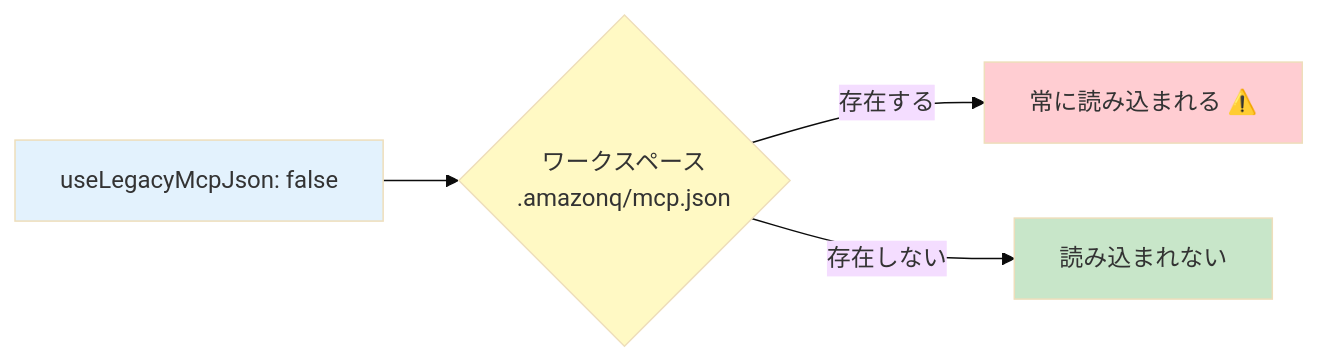
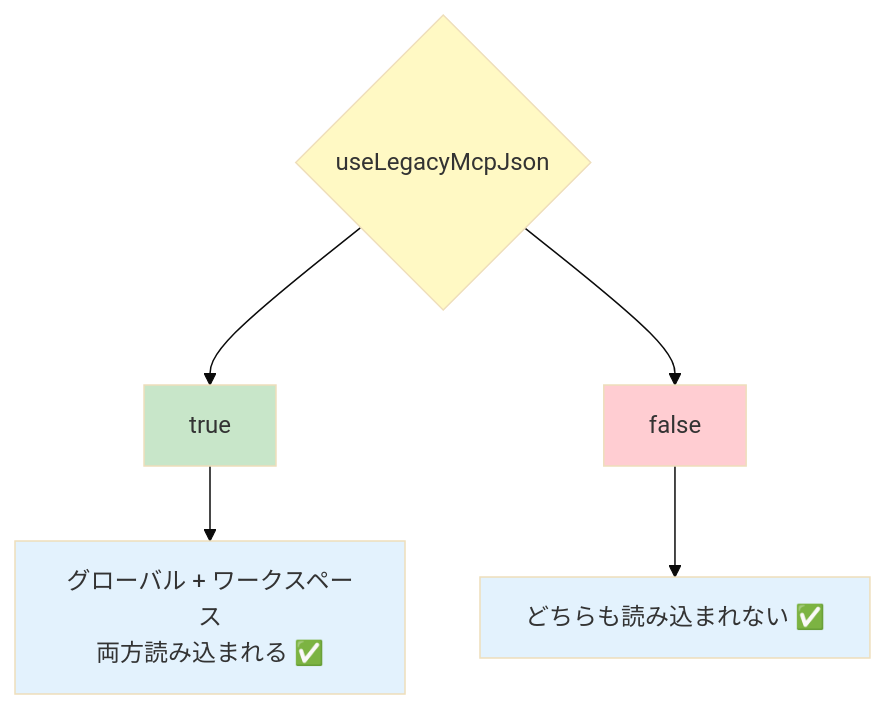
The second of 2 diagrams in docs/01_for-users/02_features/02_agents.md (kamogashira-sys/q-cli-docs), drawn with Mermaid (base theme) before and after one commit. The commit also changed other lines of this file, not shown here.

````diff
--- a/docs/01_for-users/02_features/02_agents.md
+++ b/docs/01_for-users/02_features/02_agents.md
@@ -793,11 +793,13 @@
 ```mermaid
-graph LR
-    A[useLegacyMcpJson: false] --> B{ワークスペース<br/>.amazonq/mcp.json}
-    B -->|存在する| C[常に読み込まれる ⚠️]
-    B -->|存在しない| D[読み込まれない]
+graph TB
+    A{useLegacyMcpJson} --> B[true]
+    A --> C[false]
+    B --> D[グローバル + ワークスペース<br/>両方読み込まれる ✅]
+    C --> E[どちらも読み込まれない ✅]
     
-    style A fill:#e3f2fd
-    style B fill:#fff9c4
+    style A fill:#fff9c4
+    style B fill:#c8e6c9
     style C fill:#ffcdd2
-    style D fill:#c8e6c9
+    style D fill:#e3f2fd
+    style E fill:#e3f2fd
 ```
````
